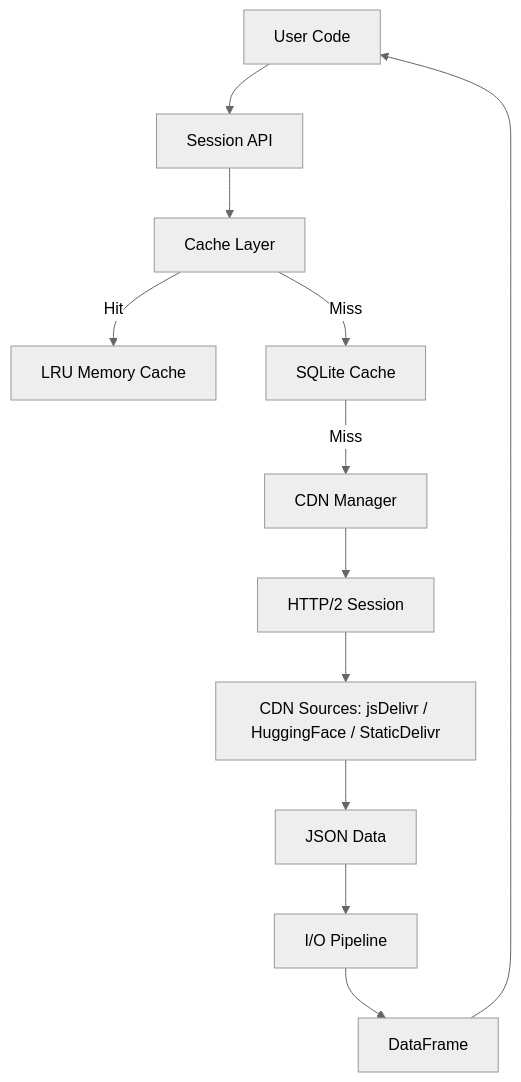
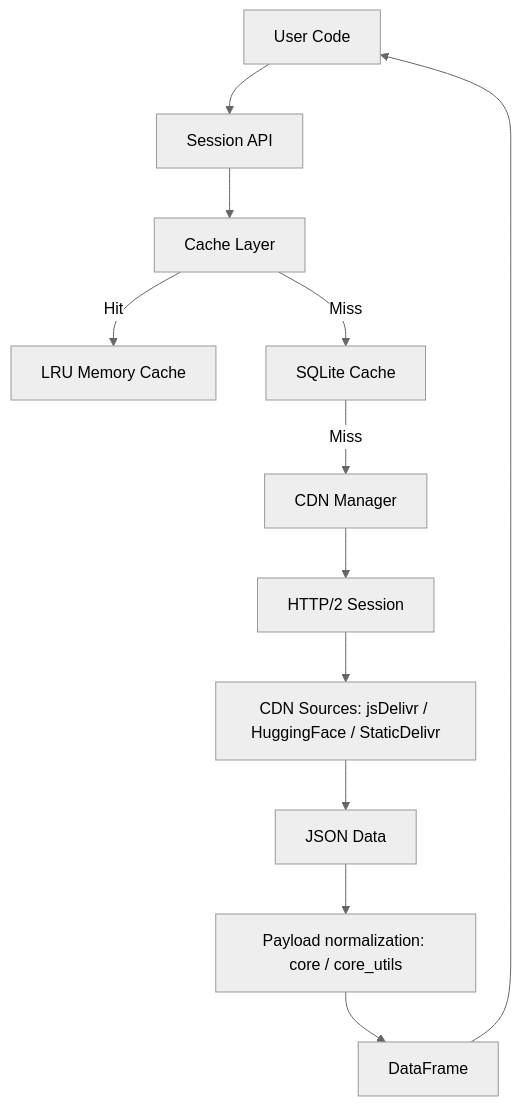
The first of 2 diagrams in docs/architecture.mdx (TracingInsights/tif1), drawn with Mermaid (neutral theme) before and after one commit. The commit also changed other lines of this file and 84 other files, not shown here.

````diff
--- a/docs/architecture.mdx
+++ b/docs/architecture.mdx
@@ -18,14 +18,14 @@
 ```mermaid
 graph TB
     User[User Code] --> Session[Session API]
     Session --> Cache[Cache Layer]
     Cache --> |Hit| Memory[LRU Memory Cache]
     Cache --> |Miss| SQLite[SQLite Cache]
     SQLite --> |Miss| CDN[CDN Manager]
     CDN --> HTTP[HTTP/2 Session]
     HTTP --> SRC[CDN Sources: jsDelivr / HuggingFace / StaticDelivr]
     SRC --> Data[JSON Data]
-    Data --> Pipeline[I/O Pipeline]
+    Data --> Pipeline[Payload normalization: core / core_utils]
     Pipeline --> DF[DataFrame]
     DF --> User
 ```
````
